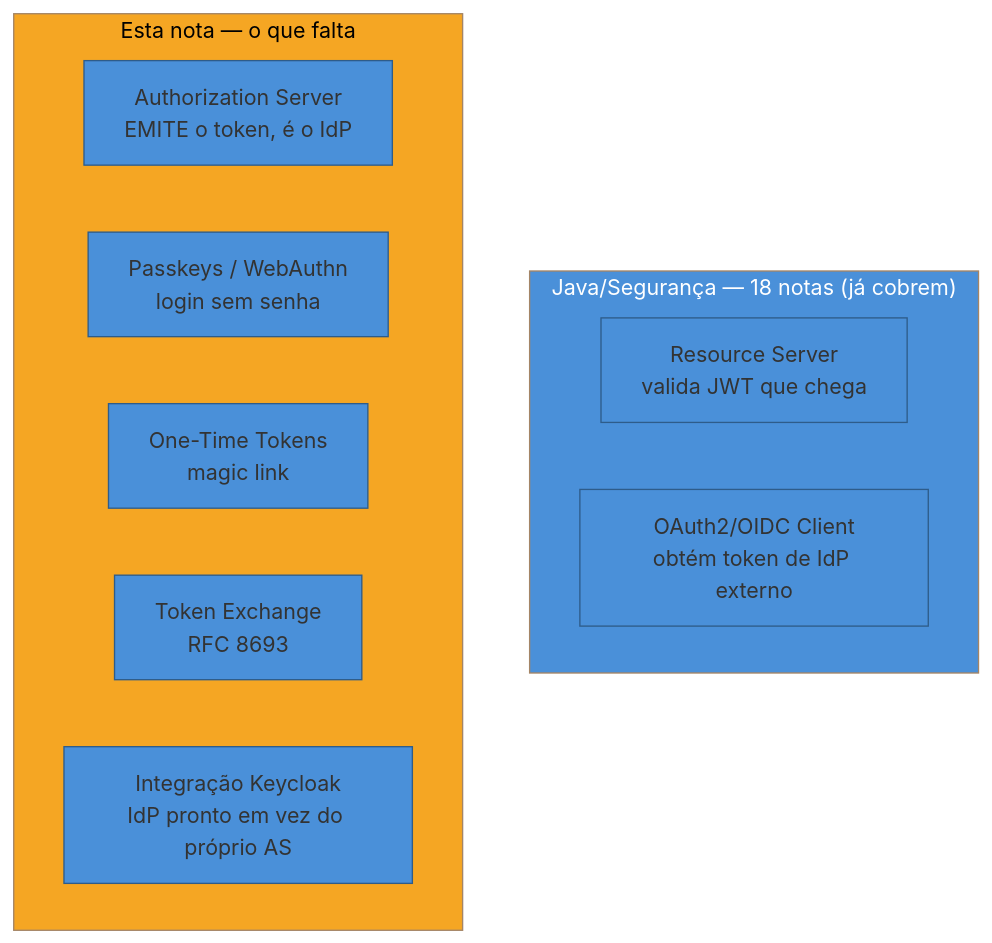
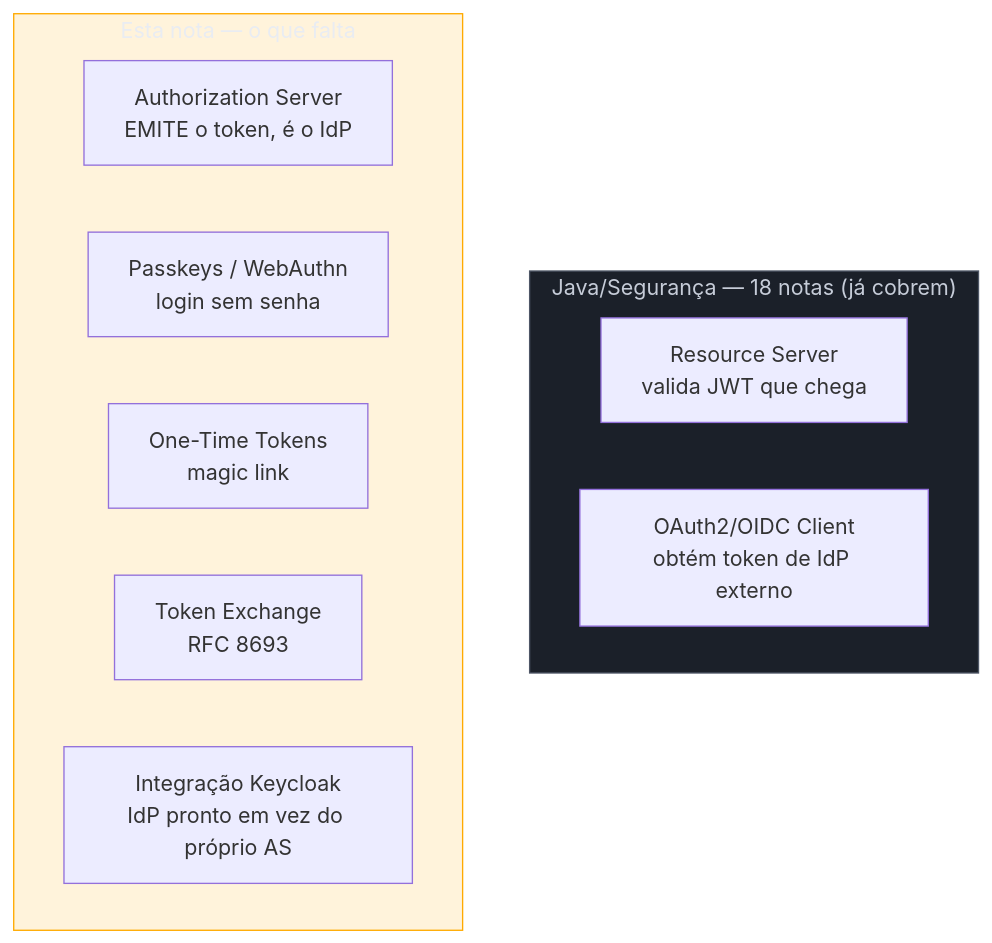
The first of 3 diagrams in 03-Dominios/Engenharia/Auth e Identidade/4 - Auth nos stacks/01 - Java — Spring Security e Spring Authorization Server.md (josenaldo/codex-technomanticus), drawn with Mermaid before and after one commit. The commit also changed other lines of this file and 1181 other files, not shown here.

First line of the commit message:
fix(diagramas): paleta do sistema no lugar de cor cravada no markdown

````diff
--- a/03-Dominios/Engenharia/Auth e Identidade/4 - Auth nos stacks/01 - Java — Spring Security e Spring Authorization Server.md
+++ b/03-Dominios/Engenharia/Auth e Identidade/4 - Auth nos stacks/01 - Java — Spring Security e Spring Authorization Server.md
@@ -38,18 +38,19 @@
 ```mermaid
-%%{init: {"theme": "base", "themeVariables": {"primaryColor": "#4A90D9", "primaryBorderColor": "#2E5C8A", "lineColor": "#4A90D9"}}}%%
 graph TD
+    classDef neutro fill:#1B2029,stroke:#4E5666,color:#C6CCD8
+    classDef destaque fill:#FFAA0024,stroke:#FFAA00,color:#E9ECF2
     subgraph Existente["Java/Segurança — 18 notas (já cobrem)"]
         R["Resource Server<br/>valida JWT que chega"]
         C["OAuth2/OIDC Client<br/>obtém token de IdP externo"]
     end
     subgraph Novo["Esta nota — o que falta"]
         AS["Authorization Server<br/>EMITE o token, é o IdP"]
         PK["Passkeys / WebAuthn<br/>login sem senha"]
         OTT["One-Time Tokens<br/>magic link"]
         TE["Token Exchange<br/>RFC 8693"]
         KC["Integração Keycloak<br/>IdP pronto em vez do próprio AS"]
     end
 
-    style Existente fill:#4A90D9,color:#fff
-    style Novo fill:#F5A623,color:#000
+    class Existente neutro
+    class Novo destaque
 ```
````
